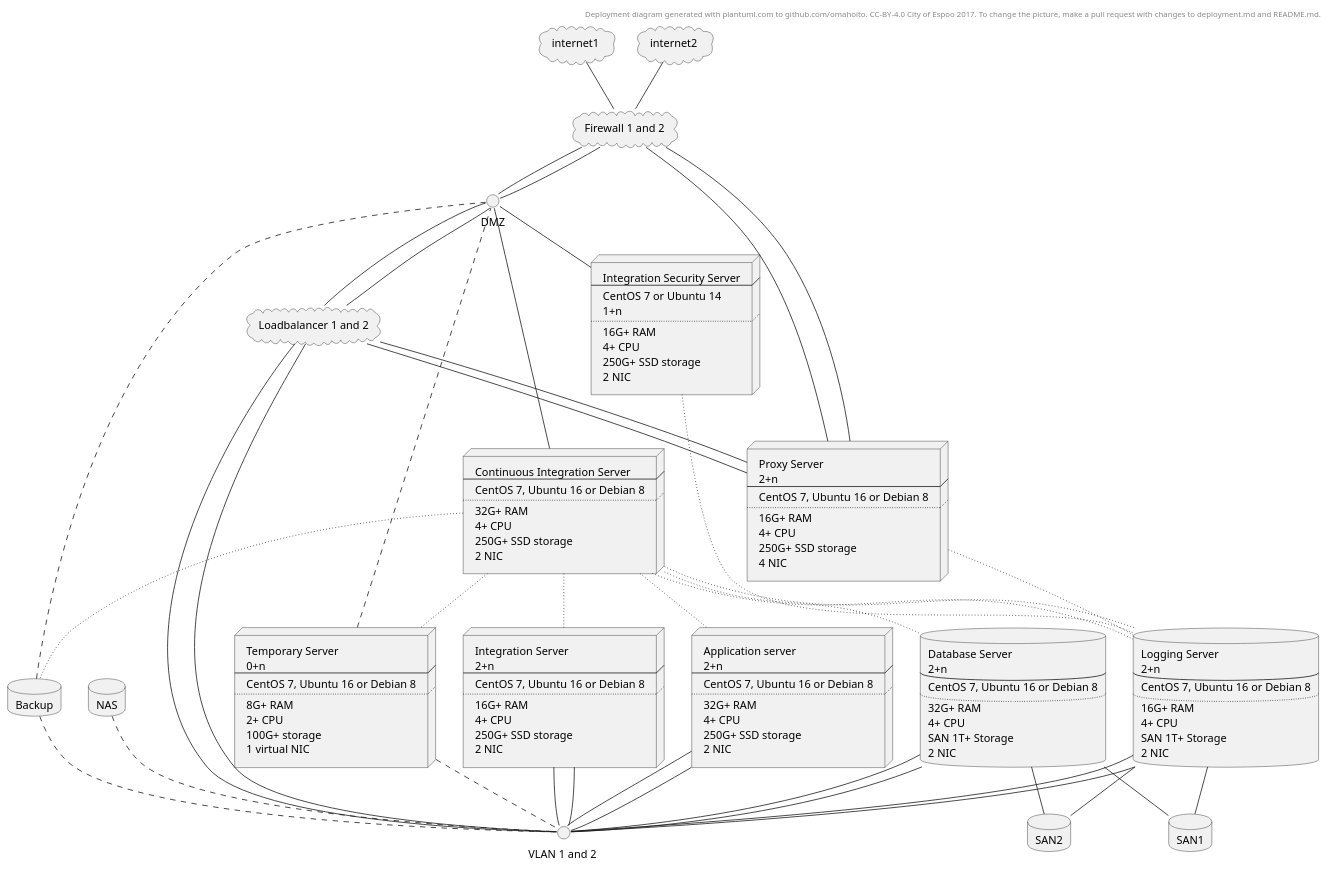
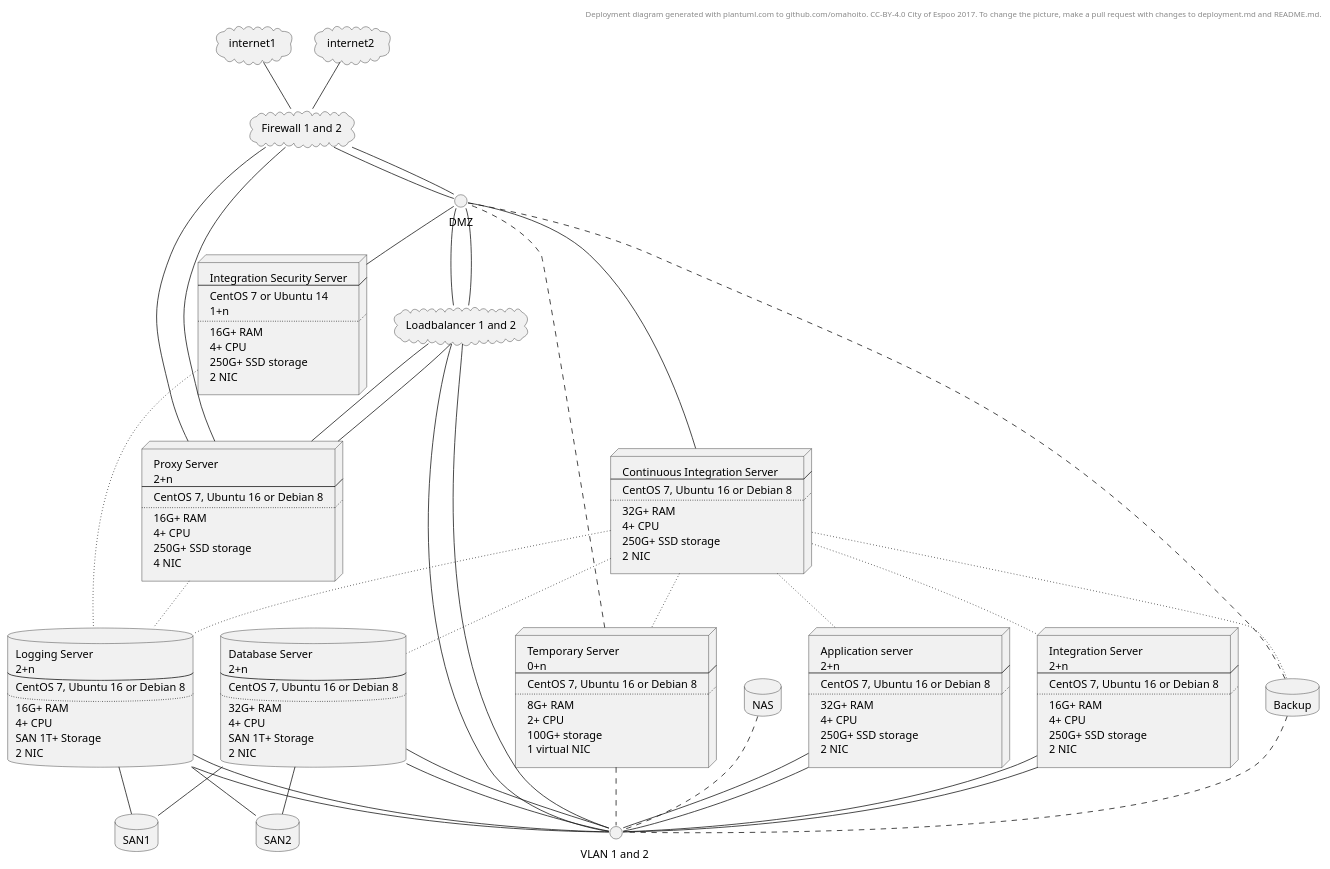
The diagram in deployment.md (ruoat/definitions), drawn with PlantUML before and after one commit.

```diff
--- a/deployment.md
+++ b/deployment.md
@@ -139,7 +139,6 @@
 nodeci ~~ nodeintegration2
 logging1 -- VLAN1
 logging1 -- VLAN1
-nodeci ~~ logging1
 nodeas1 -- VLAN1
 nodeas1 -- VLAN1
 nodeci ~~ nodeas1
```
